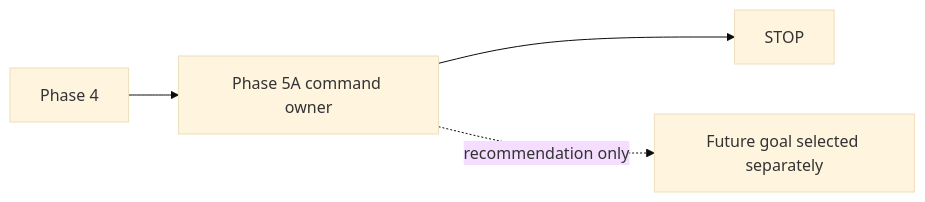
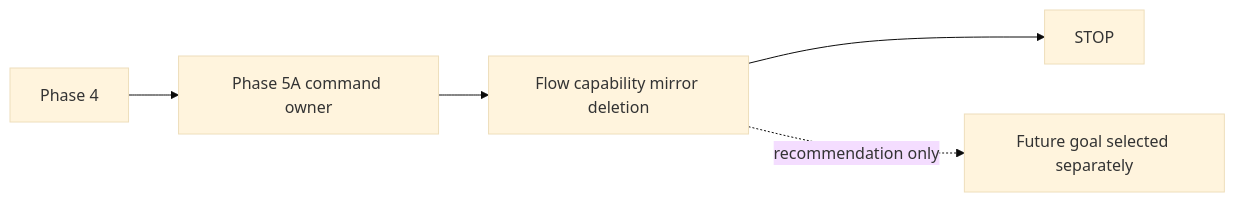
One commit to eneo-ai/eneo changed the diagram in docs/flows/flow-ai-builder-capability-refactor-plan.md. Above: the diagram before and after it, drawn with Mermaid (base theme). The commit also changed other lines of this file and 10 other files, not shown here.

First line of the commit message:
refactor(flows): delete builder capability mirror

````diff
--- a/docs/flows/flow-ai-builder-capability-refactor-plan.md
+++ b/docs/flows/flow-ai-builder-capability-refactor-plan.md
@@ -75,10 +77,11 @@
 ```mermaid
 flowchart LR
   P4["Phase 4"]
   P5A["Phase 5A command owner"]
+  Dedup["Flow capability mirror deletion"]
   Stop["STOP"]
   Future["Future goal selected separately"]
 
-  P4 --> P5A --> Stop
-  P5A -. recommendation only .-> Future
+  P4 --> P5A --> Dedup --> Stop
+  Dedup -. recommendation only .-> Future
 ```
````
